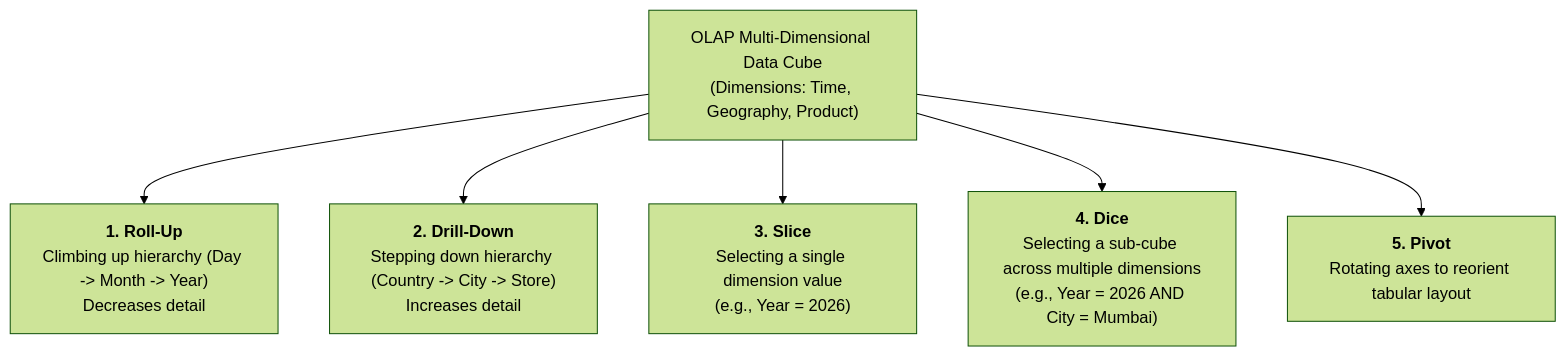
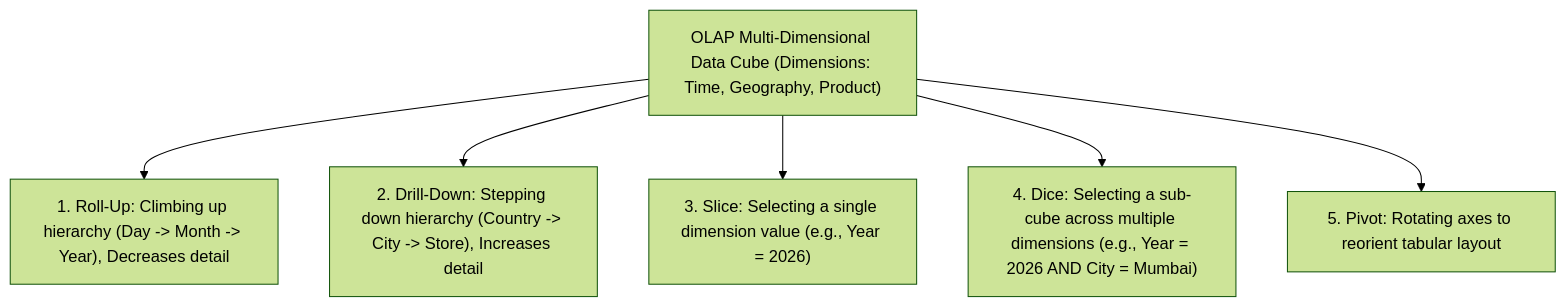
The fifth of 8 diagrams in notes/data_analysis/Chapter9_Features_of_Business_Data.md (DeepLumiere/DeepSkills), drawn with Mermaid (forest theme) before and after one commit. The commit also changed other lines of this file and 56 other files, not shown here.

````diff
--- a/notes/data_analysis/Chapter9_Features_of_Business_Data.md
+++ b/notes/data_analysis/Chapter9_Features_of_Business_Data.md
@@ -131,9 +131,9 @@
 ```mermaid
 flowchart TD
-    Cube["OLAP Multi-Dimensional Data Cube<br/>(Dimensions: Time, Geography, Product)"]
-    Cube --> Op1["<b>1. Roll-Up</b><br/>Climbing up hierarchy (Day -> Month -> Year)<br/>Decreases detail"]
-    Cube --> Op2["<b>2. Drill-Down</b><br/>Stepping down hierarchy (Country -> City -> Store)<br/>Increases detail"]
-    Cube --> Op3["<b>3. Slice</b><br/>Selecting a single dimension value<br/>(e.g., Year = 2026)"]
-    Cube --> Op4["<b>4. Dice</b><br/>Selecting a sub-cube across multiple dimensions<br/>(e.g., Year = 2026 AND City = Mumbai)"]
-    Cube --> Op5["<b>5. Pivot</b><br/>Rotating axes to reorient tabular layout"]
+    Cube["OLAP Multi-Dimensional Data Cube (Dimensions: Time, Geography, Product)"]
+    Cube --> Op1["1. Roll-Up: Climbing up hierarchy (Day -> Month -> Year), Decreases detail"]
+    Cube --> Op2["2. Drill-Down: Stepping down hierarchy (Country -> City -> Store), Increases detail"]
+    Cube --> Op3["3. Slice: Selecting a single dimension value (e.g., Year = 2026)"]
+    Cube --> Op4["4. Dice: Selecting a sub-cube across multiple dimensions (e.g., Year = 2026 AND City = Mumbai)"]
+    Cube --> Op5["5. Pivot: Rotating axes to reorient tabular layout"]
 ```
````
